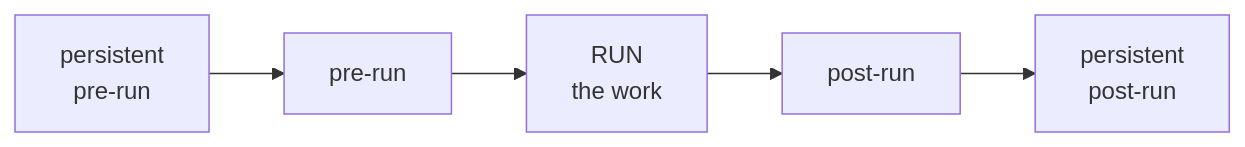
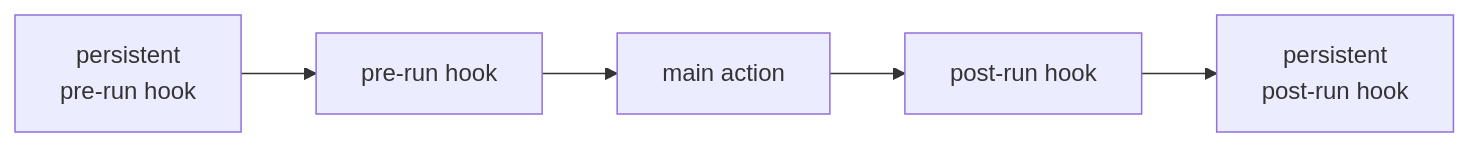
Before and after one commit to KeunwooPark/cluedoc: the first of 4 diagrams in docs/examples/cobra/.cluedoc/execution-and-dispatch/lifecycle-hooks/README.md, drawn with Mermaid. The commit also changed other lines of this file and 22 other files, not shown here.

````diff
--- a/docs/examples/cobra/.cluedoc/execution-and-dispatch/lifecycle-hooks/README.md
+++ b/docs/examples/cobra/.cluedoc/execution-and-dispatch/lifecycle-hooks/README.md
@@ -9,7 +9,6 @@
 ```mermaid
 flowchart LR
     A["persistent
-    pre-run"] --> B["pre-run"] --> C["RUN
-    the work"] --> D["post-run"] --> E["persistent
-    post-run"]
+    pre-run hook"] --> B["pre-run hook"] --> C["main action"] --> D["post-run hook"] --> E["persistent
+    post-run hook"]
 ```
````
